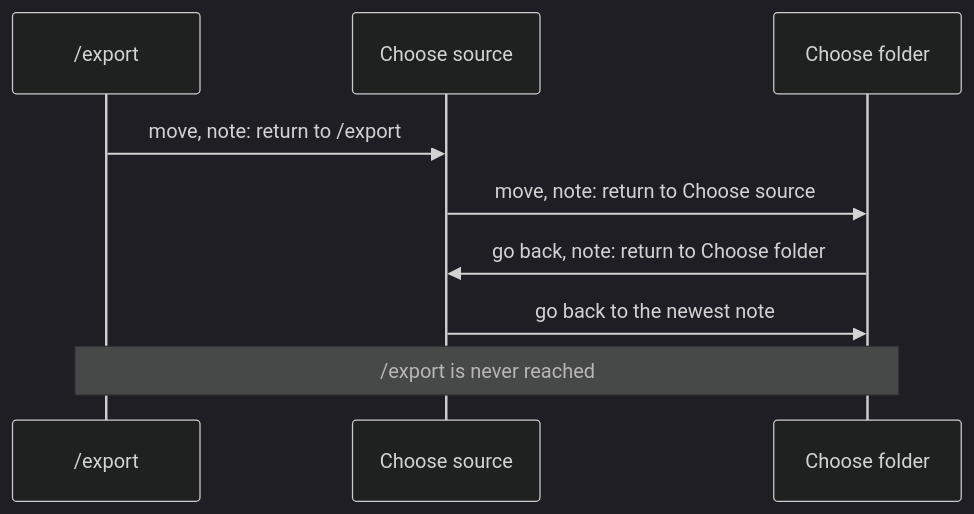
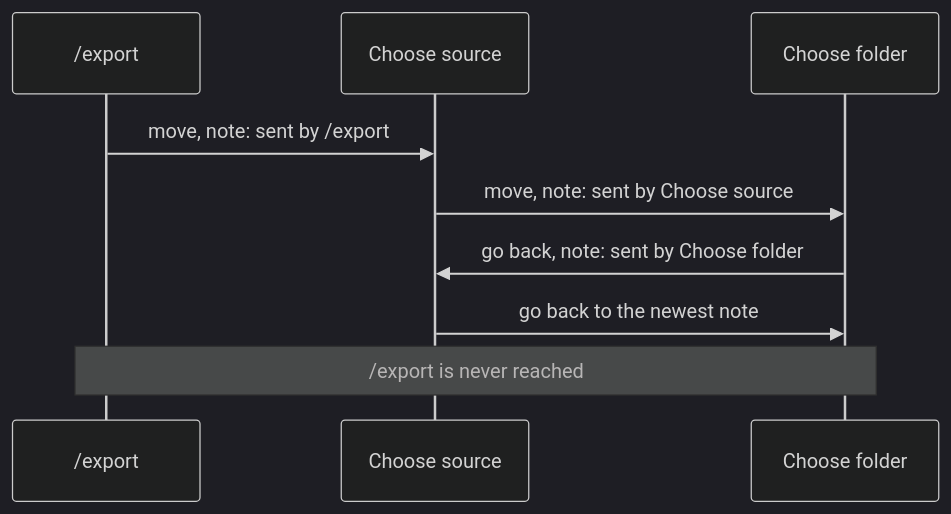
The third of 3 diagrams in docs/investigations/what-would-it-take-to-carry-on-after-nested-questions.md (KitCli/KitCli), drawn with Mermaid (dark theme) before and after one commit. The commit also changed other lines of this file and 1 other file, not shown here.

Commit message:
docs(workflow): show kitcli sending the user back after a question

````diff
--- a/docs/investigations/what-would-it-take-to-carry-on-after-nested-questions.md
+++ b/docs/investigations/what-would-it-take-to-carry-on-after-nested-questions.md
@@ -89,11 +84,11 @@
 ```mermaid
 sequenceDiagram
     participant E as /export
     participant S as Choose source
     participant F as Choose folder
-    E->>S: move, note: return to /export
-    S->>F: move, note: return to Choose source
-    F->>S: go back, note: return to Choose folder
+    E->>S: move, note: sent by /export
+    S->>F: move, note: sent by Choose source
+    F->>S: go back, note: sent by Choose folder
     S->>F: go back to the newest note
     Note over E,F: /export is never reached
 ```
````
